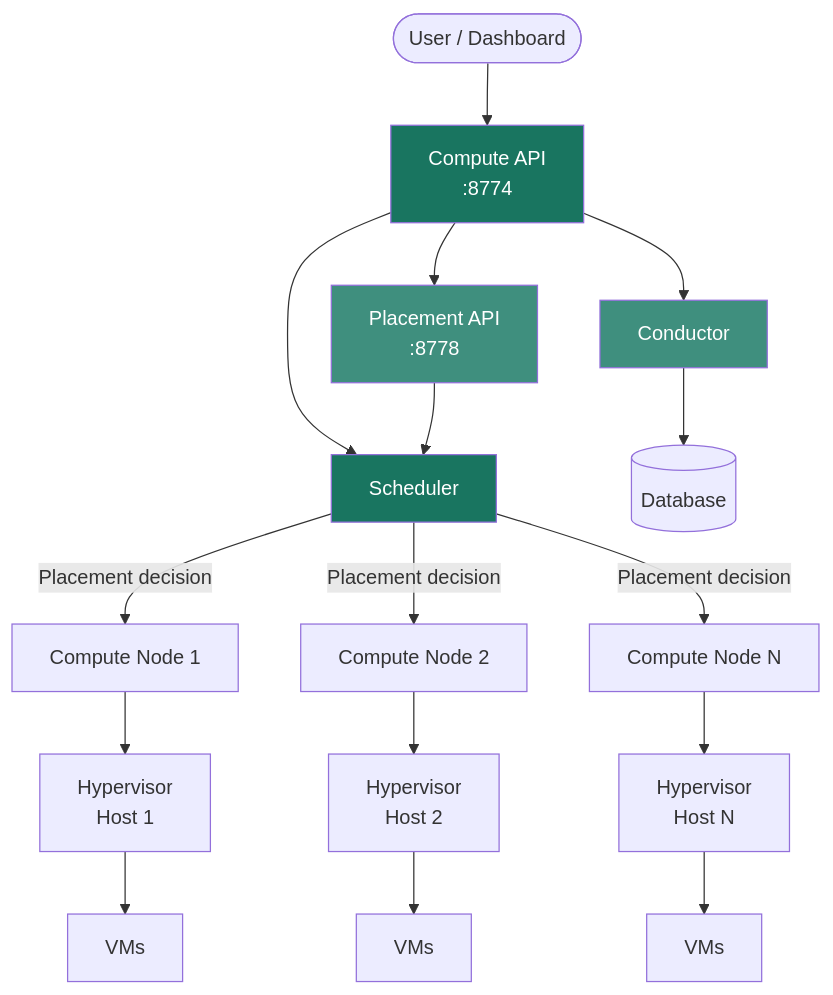
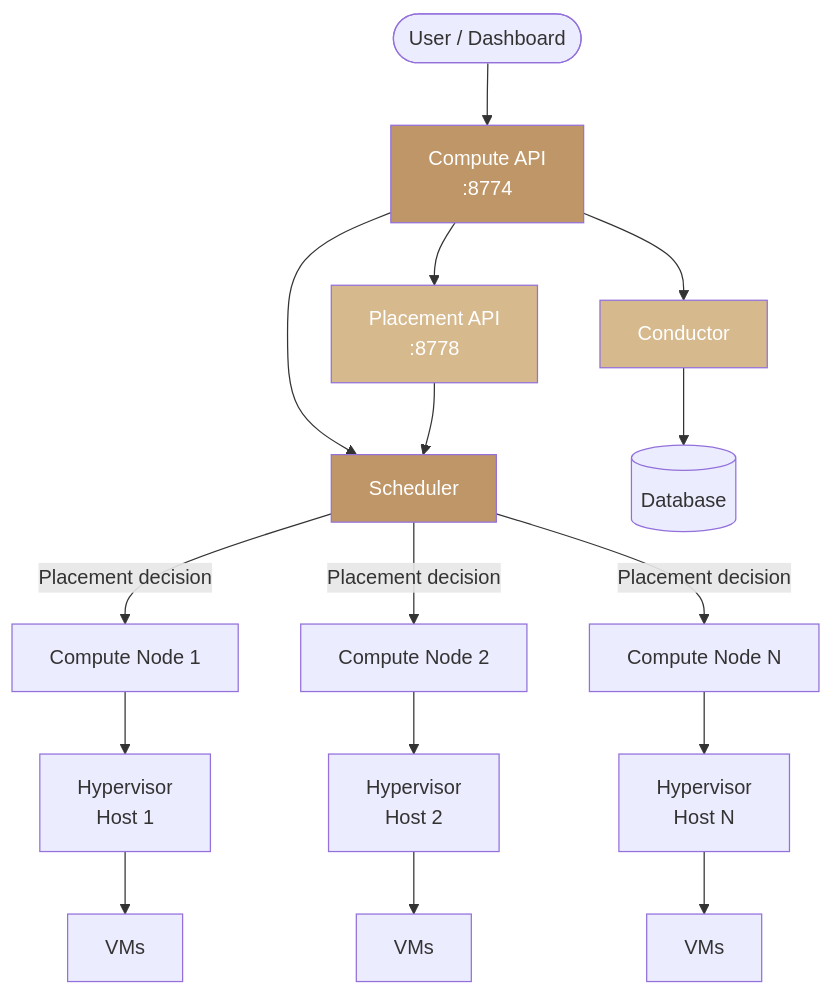
One commit to ankur-kumar87/docs-polystack changed the diagram in services/compute/architecture.mdx. Above: the diagram before and after it, drawn with Mermaid. The commit also changed other lines of this file and 395 other files, not shown here.

````diff
--- a/services/compute/architecture.mdx
+++ b/services/compute/architecture.mdx
@@ -26,22 +26,22 @@
 ```mermaid
 graph TD
     U([User / Dashboard]) --> API[Compute API<br/>:8774]
     API --> SCH[Scheduler]
     SCH -->|Placement decision| CN1[Compute Node 1]
     SCH -->|Placement decision| CN2[Compute Node 2]
     SCH -->|Placement decision| CN3[Compute Node N]
     CN1 --> HV1[Hypervisor<br/>Host 1]
     CN2 --> HV2[Hypervisor<br/>Host 2]
     CN3 --> HV3[Hypervisor<br/>Host N]
     HV1 --> VM1[VMs]
     HV2 --> VM2[VMs]
     HV3 --> VM3[VMs]
     API --> PL[Placement API<br/>:8778]
     PL --> SCH
     API --> CON[Conductor]
     CON --> DB[(Database)]
-    style API fill:#197560,color:#fff
-    style SCH fill:#197560,color:#fff
-    style PL fill:#3F8F7E,color:#fff
-    style CON fill:#3F8F7E,color:#fff
+    style API fill:#bf9667,color:#fff
+    style SCH fill:#bf9667,color:#fff
+    style PL fill:#d7b98e,color:#fff
+    style CON fill:#d7b98e,color:#fff
 ```
````
